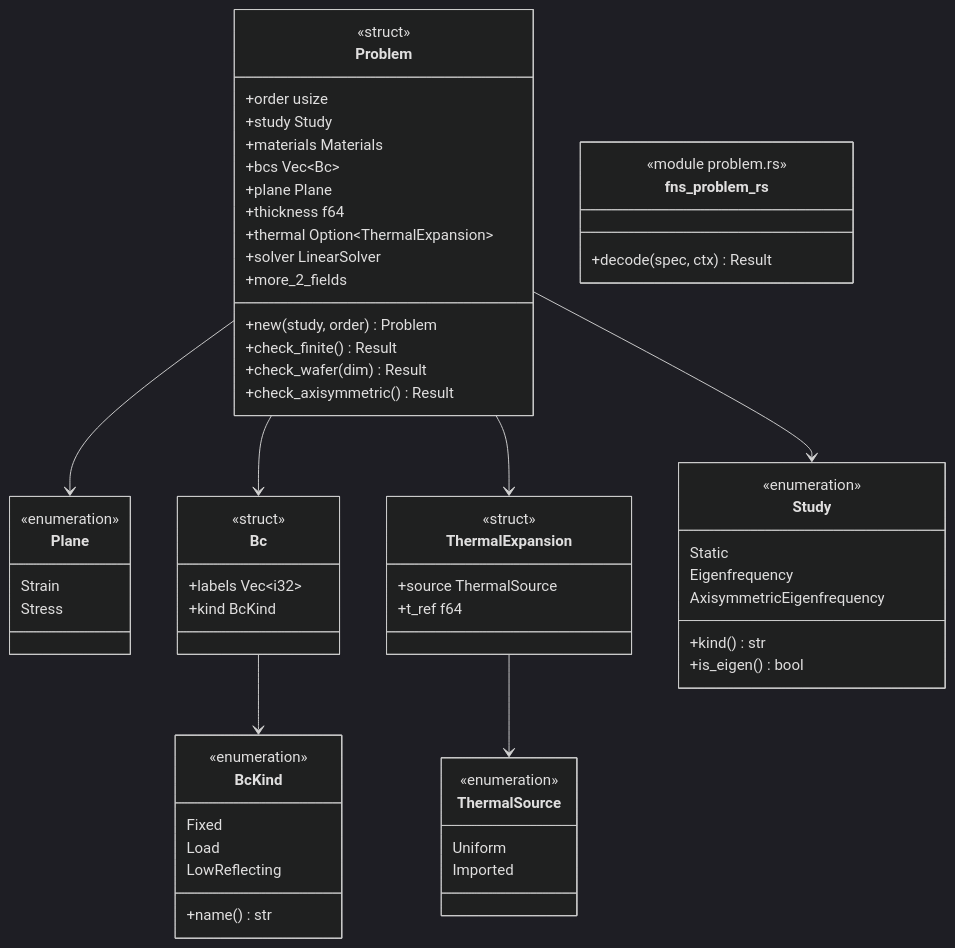
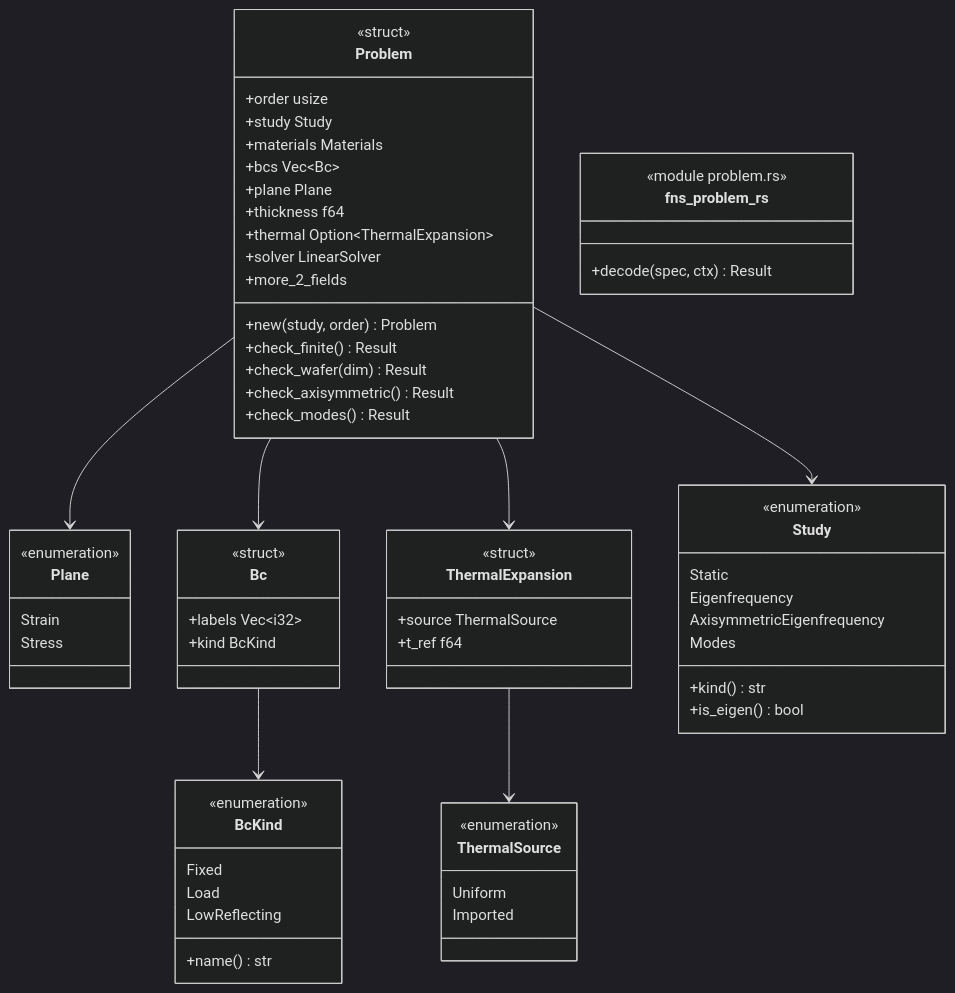
One commit to p-j-r/nyx changed the diagram in docs/architecture/c4/4-code/sms/problem.md. Above: the diagram before and after it, drawn with Mermaid (dark theme). The commit also changed other lines of this file and 82 other files, not shown here.

````diff
--- a/docs/architecture/c4/4-code/sms/problem.md
+++ b/docs/architecture/c4/4-code/sms/problem.md
@@ -39,64 +39,66 @@
 ```mermaid
 classDiagram
   class Plane {
       <<enumeration>>
       Strain
       Stress
   }
   class BcKind {
       <<enumeration>>
       Fixed
       Load
       LowReflecting
       +name() str
   }
   class Bc {
       <<struct>>
       +labels Vec~i32~
       +kind BcKind
   }
   class ThermalSource {
       <<enumeration>>
       Uniform
       Imported
   }
   class ThermalExpansion {
       <<struct>>
       +source ThermalSource
       +t_ref f64
   }
   class Study {
       <<enumeration>>
       Static
       Eigenfrequency
       AxisymmetricEigenfrequency
+      Modes
       +kind() str
       +is_eigen() bool
   }
   class Problem {
       <<struct>>
       +order usize
       +study Study
       +materials Materials
       +bcs Vec~Bc~
       +plane Plane
       +thickness f64
       +thermal Option~ThermalExpansion~
       +solver LinearSolver
       +more_2_fields
       +new(study, order) Problem
       +check_finite() Result
       +check_wafer(dim) Result
       +check_axisymmetric() Result
+      +check_modes() Result
   }
   class fns_problem_rs {
       <<module problem.rs>>
       +decode(spec, ctx) Result
   }
   Bc --> BcKind
   ThermalExpansion --> ThermalSource
   Problem --> Study
   Problem --> Bc
   Problem --> Plane
   Problem --> ThermalExpansion
 ```
````
